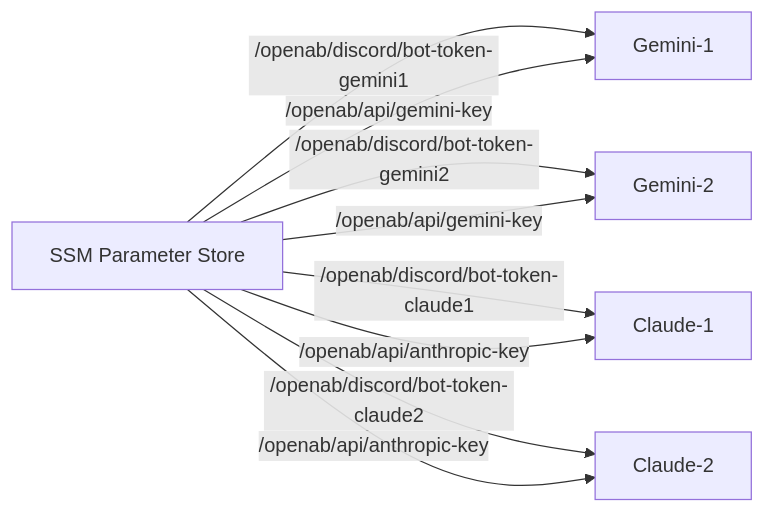
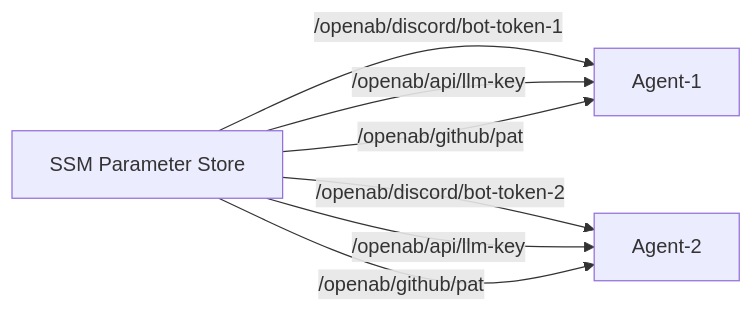
The fifth of 6 diagrams in openab-ecs-lambda-architecture.md (juntinyeh-worker/agent-outbound), drawn with Mermaid before and after one commit. The commit also changed other lines of this file, not shown here.

First line of the commit message:
task: simplify ECS+Lambda architecture to 2 agents

````diff
--- a/openab-ecs-lambda-architecture.md
+++ b/openab-ecs-lambda-architecture.md
@@ -188,10 +158,8 @@
 ```mermaid
 graph LR
     SSM["SSM Parameter Store"]
-    SSM -->|"/openab/discord/bot-token-gemini1"| G1["Gemini-1"]
-    SSM -->|"/openab/discord/bot-token-gemini2"| G2["Gemini-2"]
-    SSM -->|"/openab/discord/bot-token-claude1"| C1["Claude-1"]
-    SSM -->|"/openab/discord/bot-token-claude2"| C2["Claude-2"]
-    SSM -->|"/openab/api/gemini-key"| G1 & G2
-    SSM -->|"/openab/api/anthropic-key"| C1 & C2
+    SSM -->|"/openab/discord/bot-token-1"| A1["Agent-1"]
+    SSM -->|"/openab/discord/bot-token-2"| A2["Agent-2"]
+    SSM -->|"/openab/api/llm-key"| A1 & A2
+    SSM -->|"/openab/github/pat"| A1 & A2
 ```
````
